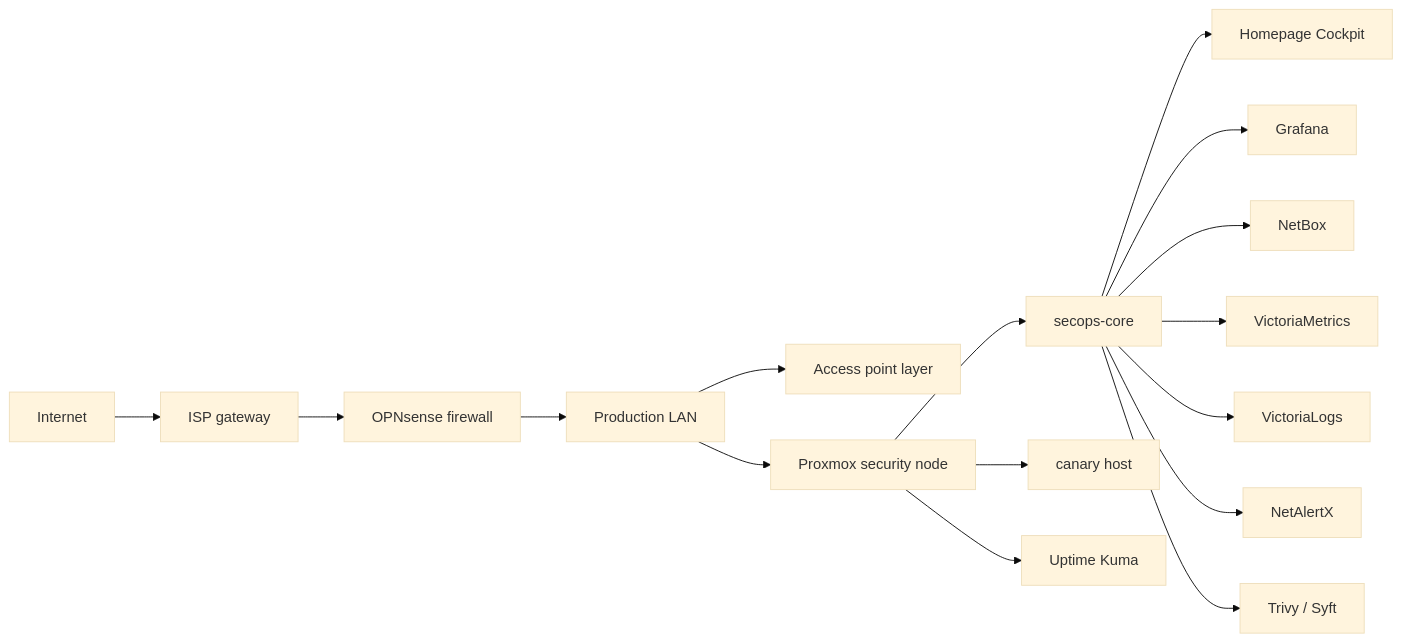
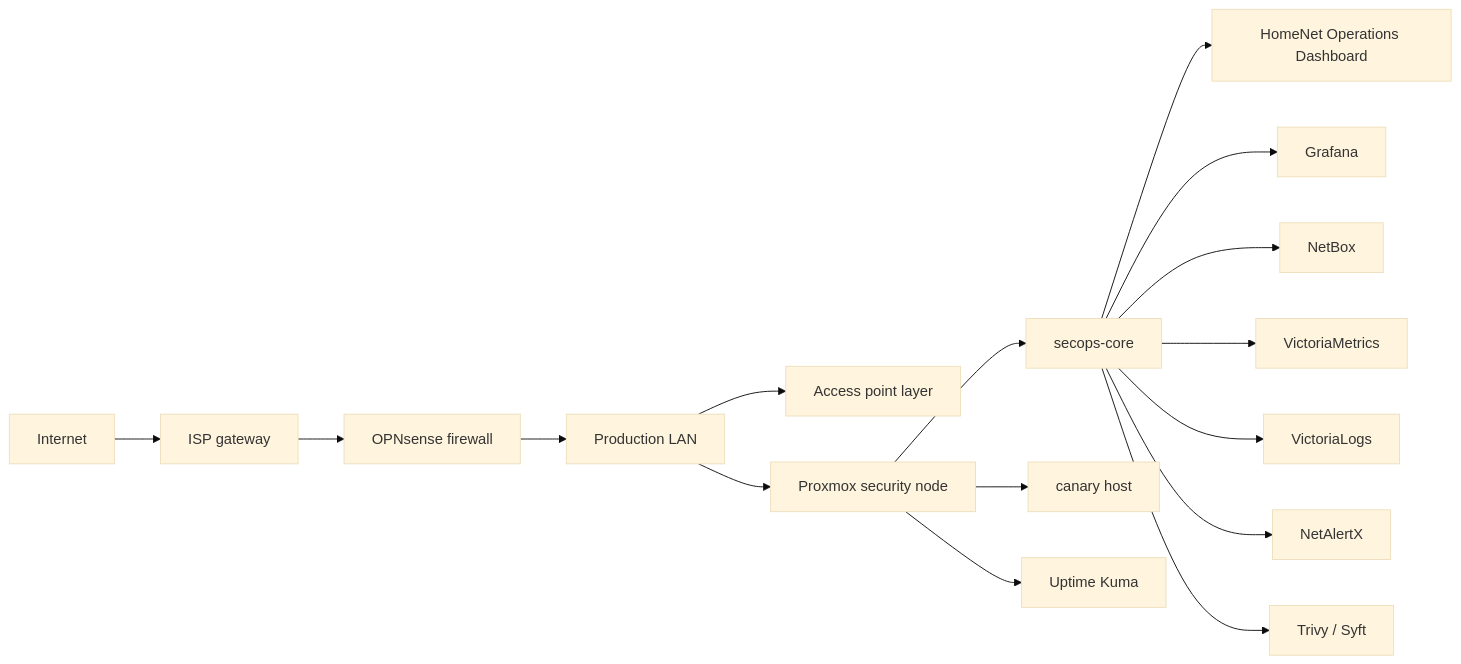
Before and after one commit to srkyn/home-network-security: the diagram in docs/current-state.md, drawn with Mermaid (base theme). The commit also changed other lines of this file and 12 other files, not shown here.

Commit message:
Rename cockpit docs to operations dashboard

````diff
--- a/docs/current-state.md
+++ b/docs/current-state.md
@@ -13,19 +13,19 @@
 ```mermaid
 flowchart LR
     Internet["Internet"] --> ISP["ISP gateway"]
     ISP --> OPN["OPNsense firewall"]
     OPN --> LAN["Production LAN"]
     LAN --> AP["Access point layer"]
     LAN --> PVE["Proxmox security node"]
     PVE --> Core["secops-core"]
     PVE --> Canary["canary host"]
     PVE --> Kuma["Uptime Kuma"]
 
-    Core --> Homepage["Homepage Cockpit"]
+    Core --> Homepage["HomeNet Operations Dashboard"]
     Core --> Grafana["Grafana"]
     Core --> NetBox["NetBox"]
     Core --> VM["VictoriaMetrics"]
     Core --> VL["VictoriaLogs"]
     Core --> NetAlertX["NetAlertX"]
     Core --> Reports["Trivy / Syft"]
 ```
````
